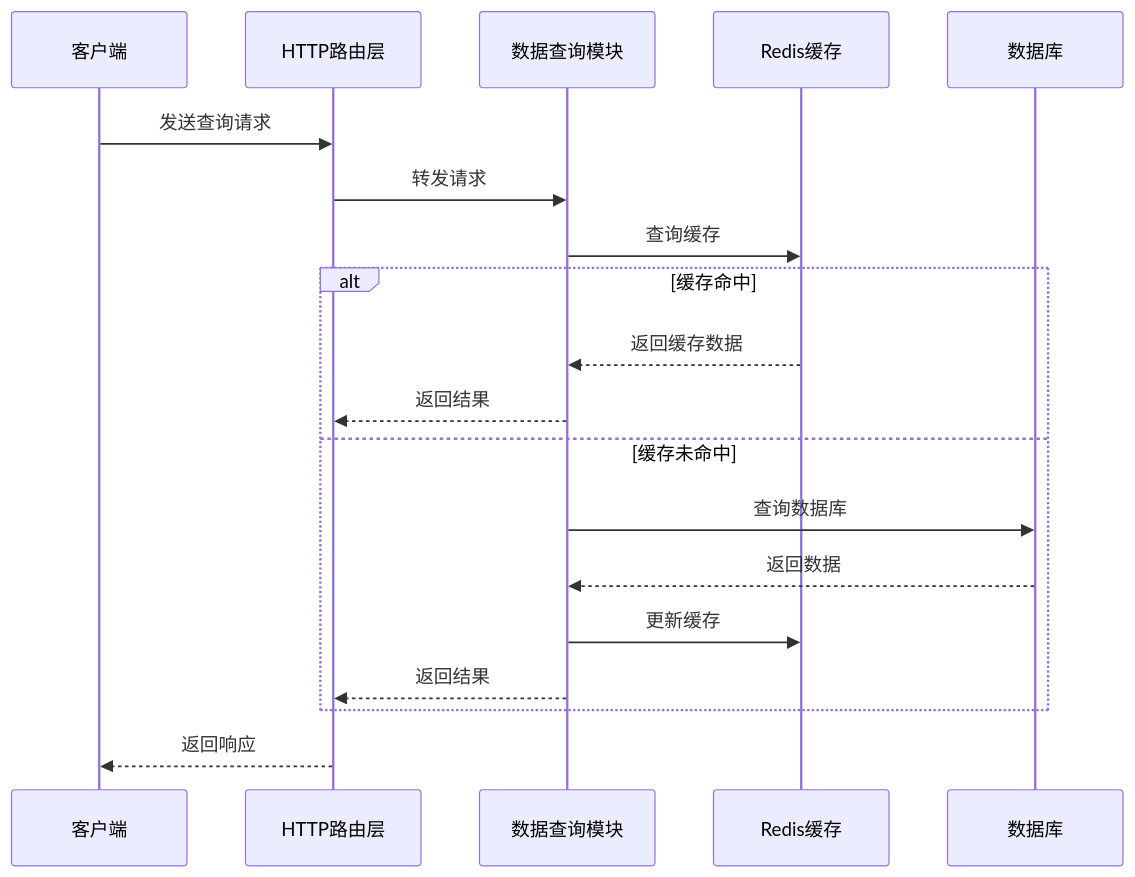
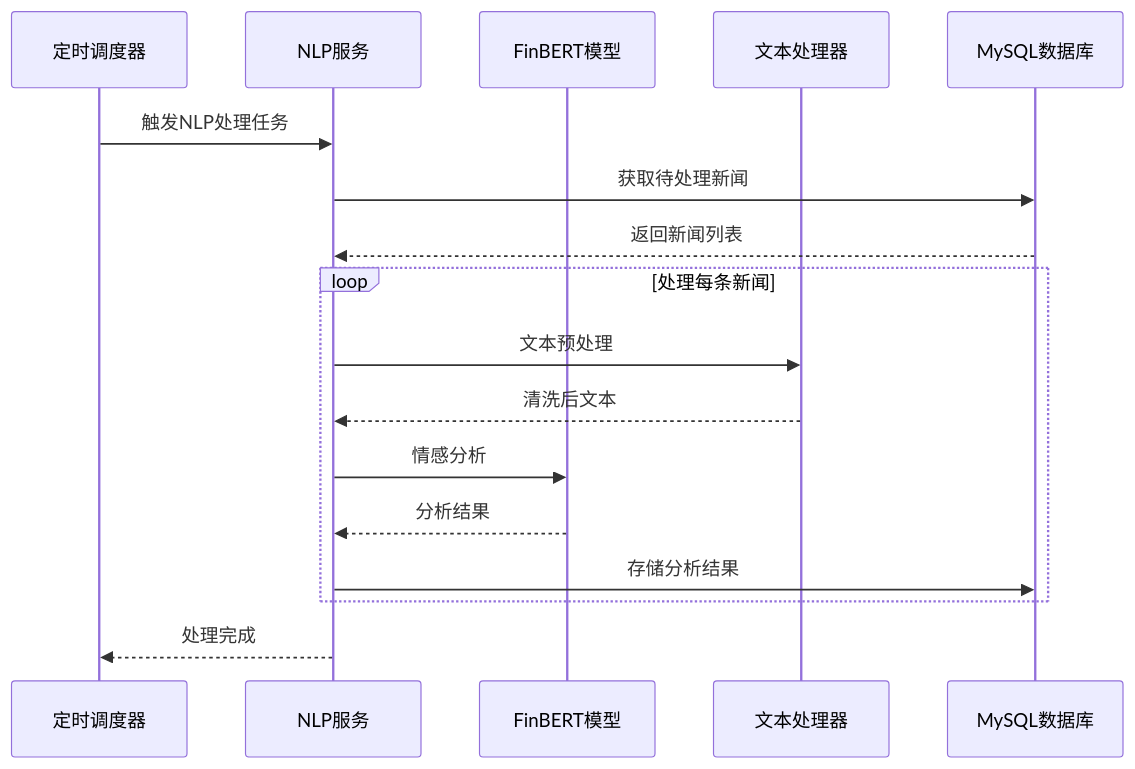
One commit to Casper-Mars/trading changed the sixth of 7 diagrams in .trae/documents/data_system_design_backend.md. Above: the diagram before and after it, drawn with Mermaid. The commit also changed other lines of this file and 1 other file, not shown here.

````diff
--- a/.trae/documents/data_system_design_backend.md
+++ b/.trae/documents/data_system_design_backend.md
@@ -432,22 +660,20 @@
 ```mermaid
 sequenceDiagram
-    participant Client as 客户端
-    participant Router as HTTP路由层
-    participant DQ as 数据查询模块
-    participant Cache as Redis缓存
-    participant DB as 数据库
+    participant S as 定时调度器
+    participant NS as NLP服务
+    participant FB as FinBERT模型
+    participant TP as 文本处理器
+    participant DB as MySQL数据库
     
-    Client->>Router: 发送查询请求
-    Router->>DQ: 转发请求
-    DQ->>Cache: 查询缓存
-    alt 缓存命中
-        Cache-->>DQ: 返回缓存数据
-        DQ-->>Router: 返回结果
-    else 缓存未命中
-        DQ->>DB: 查询数据库
-        DB-->>DQ: 返回数据
-        DQ->>Cache: 更新缓存
-        DQ-->>Router: 返回结果
+    S->>NS: 触发NLP处理任务
+    NS->>DB: 获取待处理新闻
+    DB-->>NS: 返回新闻列表
+    loop 处理每条新闻
+        NS->>TP: 文本预处理
+        TP-->>NS: 清洗后文本
+        NS->>FB: 情感分析
+        FB-->>NS: 分析结果
+        NS->>DB: 存储分析结果
     end
-    Router-->>Client: 返回响应
+    NS-->>S: 处理完成
 ```
````
